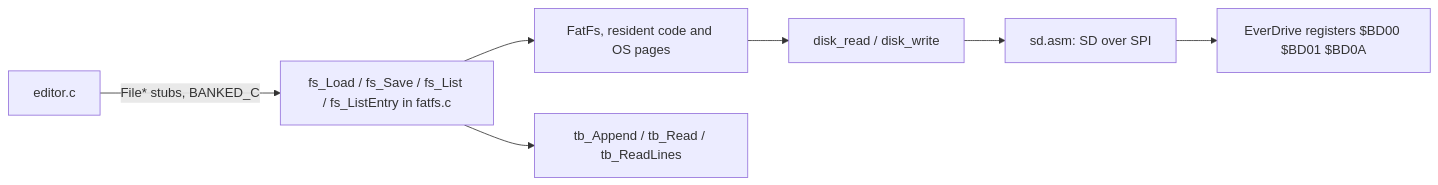
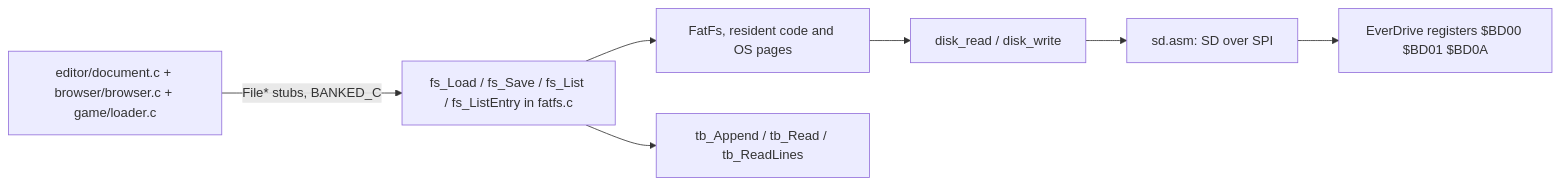
The third of 3 diagrams in notes/ARCHITECTURE.md (Q-Bert-Reynolds/fatpak), drawn with Mermaid before and after one commit. The commit also changed other lines of this file and 138 other files, not shown here.

````diff
--- a/notes/ARCHITECTURE.md
+++ b/notes/ARCHITECTURE.md
@@ -244,9 +254,9 @@
 ```mermaid
 flowchart LR
-  editorc[editor.c] -->|File* stubs, BANKED_C| api[fs_Load / fs_Save / fs_List / fs_ListEntry in fatfs.c]
+  editorc[editor/document.c + browser/browser.c + game/loader.c] -->|File* stubs, BANKED_C| api[fs_Load / fs_Save / fs_List / fs_ListEntry in fatfs.c]
   api --> ff[FatFs, resident code and OS pages]
   ff --> glue[disk_read / disk_write]
   glue --> sd[sd.asm: SD over SPI]
   sd --> regs[EverDrive registers $BD00 $BD01 $BD0A]
   api --> tb[tb_Append / tb_Read / tb_ReadLines]
 ```
````
